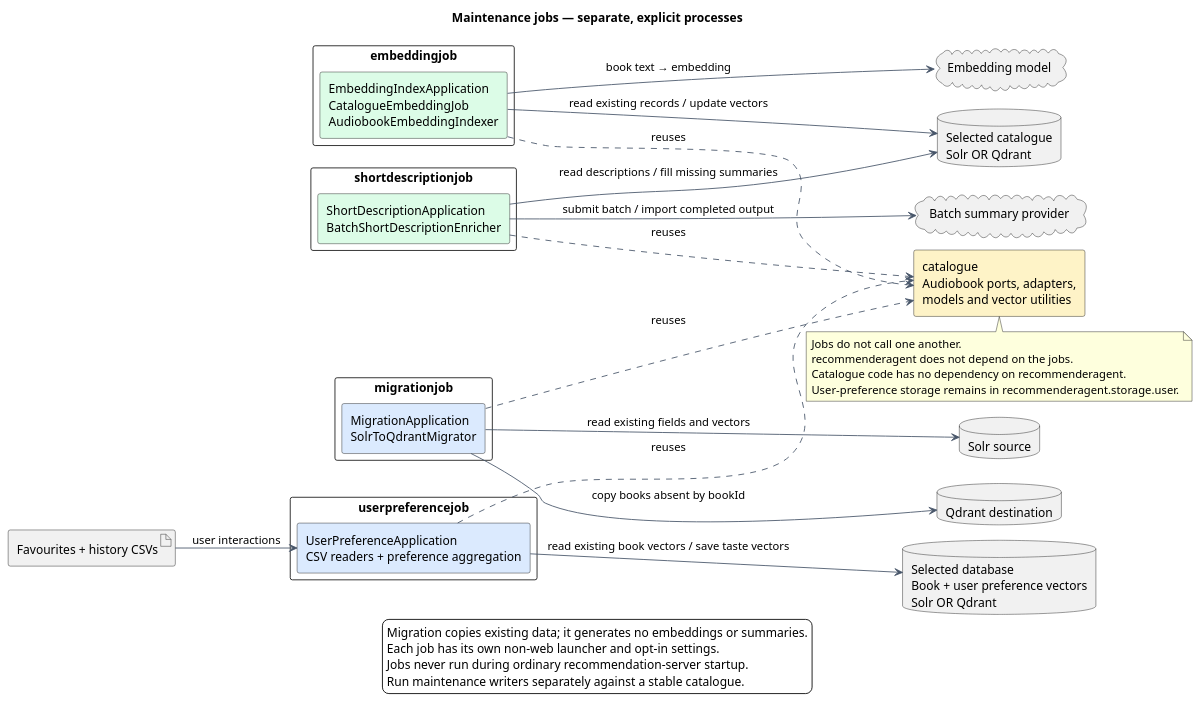
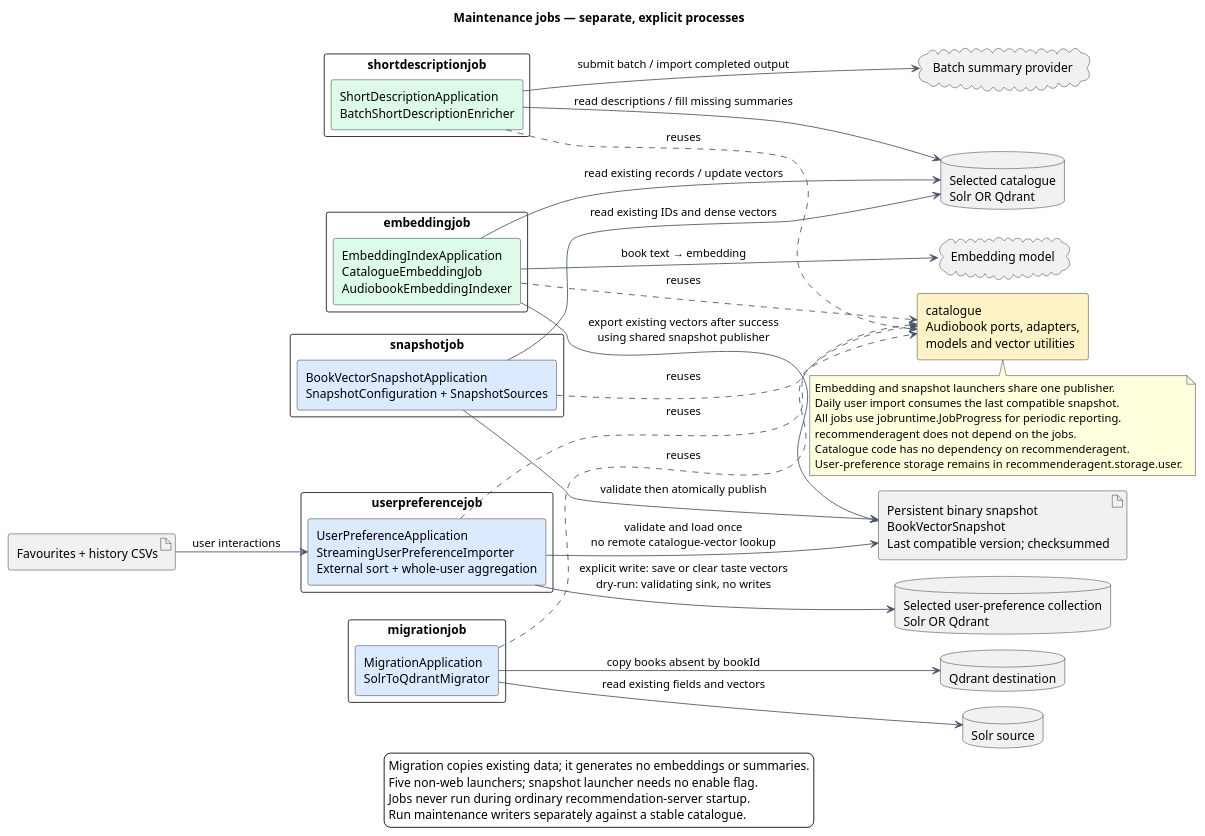
One commit to Juliu9/IT-Project changed the diagram in docs/diagrams/maintenance-jobs.puml. Above: the diagram before and after it, drawn with PlantUML. The commit also changed 30 other files, not shown here.

Commit message:
Document maintenance workflows and organise shared job runtime

```diff
--- a/docs/diagrams/maintenance-jobs.puml
+++ b/docs/diagrams/maintenance-jobs.puml
@@ -1,59 +1,70 @@
 @startuml
 !pragma layout smetana
 title Maintenance jobs — separate, explicit processes
 left to right direction
 skinparam backgroundColor #FFFFFF
 skinparam shadowing false
 skinparam componentStyle rectangle
 skinparam packageStyle rectangle
 skinparam defaultFontName SansSerif
 skinparam ArrowColor #475569
 
 package "embeddingjob" {
   component "EmbeddingIndexApplication\nCatalogueEmbeddingJob\nAudiobookEmbeddingIndexer" as Embedding #DCFCE7
 }
 package "shortdescriptionjob" {
   component "ShortDescriptionApplication\nBatchShortDescriptionEnricher" as Summary #DCFCE7
 }
 package "migrationjob" {
   component "MigrationApplication\nSolrToQdrantMigrator" as Migration #DBEAFE
 }
 package "userpreferencejob" {
-  component "UserPreferenceApplication\nCSV readers + preference aggregation" as Preferences #DBEAFE
+  component "UserPreferenceApplication\nStreamingUserPreferenceImporter\nExternal sort + whole-user aggregation" as Preferences #DBEAFE
+}
+package "snapshotjob" {
+  component "BookVectorSnapshotApplication\nSnapshotConfiguration + SnapshotSources" as Snapshot #DBEAFE
 }
 component "catalogue\nAudiobook ports, adapters,\nmodels and vector utilities" as Shared #FEF3C7
 database "Selected catalogue\nSolr OR Qdrant" as Catalogue
 database "Solr source" as SolrSource
 database "Qdrant destination" as QdrantTarget
-database "Selected database\nBook + user preference vectors\nSolr OR Qdrant" as UserStore
+database "Selected user-preference collection\nSolr OR Qdrant" as UserStore
+artifact "Persistent binary snapshot\nBookVectorSnapshot\nLast compatible version; checksummed" as LocalSnapshot
 artifact "Favourites + history CSVs" as CSV
 cloud "Embedding model" as EmbeddingModel
 cloud "Batch summary provider" as SummaryModel
 
 Embedding ..> Shared : reuses
 Summary ..> Shared : reuses
 Migration ..> Shared : reuses
 Preferences ..> Shared : reuses
+Snapshot ..> Shared : reuses
 
 Embedding --> Catalogue : read existing records / update vectors
 Embedding --> EmbeddingModel : book text → embedding
+Embedding --> LocalSnapshot : export existing vectors after success\nusing shared snapshot publisher
+Snapshot --> Catalogue : read existing IDs and dense vectors
+Snapshot --> LocalSnapshot : validate then atomically publish
 Summary --> Catalogue : read descriptions / fill missing summaries
 Summary --> SummaryModel : submit batch / import completed output
 Migration --> SolrSource : read existing fields and vectors
 Migration --> QdrantTarget : copy books absent by bookId
 CSV --> Preferences : user interactions
-Preferences --> UserStore : read existing book vectors / save taste vectors
+Preferences --> LocalSnapshot : validate and load once\nno remote catalogue-vector lookup
+Preferences --> UserStore : explicit write: save or clear taste vectors\ndry-run: validating sink, no writes
 
 note bottom of Shared
-  Jobs do not call one another.
+  Embedding and snapshot launchers share one publisher.
+  Daily user import consumes the last compatible snapshot.
+  All jobs use jobruntime.JobProgress for periodic reporting.
   recommenderagent does not depend on the jobs.
   Catalogue code has no dependency on recommenderagent.
   User-preference storage remains in recommenderagent.storage.user.
 end note
 legend bottom
   Migration copies existing data; it generates no embeddings or summaries.
-  Each job has its own non-web launcher and opt-in settings.
+  Five non-web launchers; snapshot launcher needs no enable flag.
   Jobs never run during ordinary recommendation-server startup.
   Run maintenance writers separately against a stable catalogue.
 endlegend
 @enduml
```
